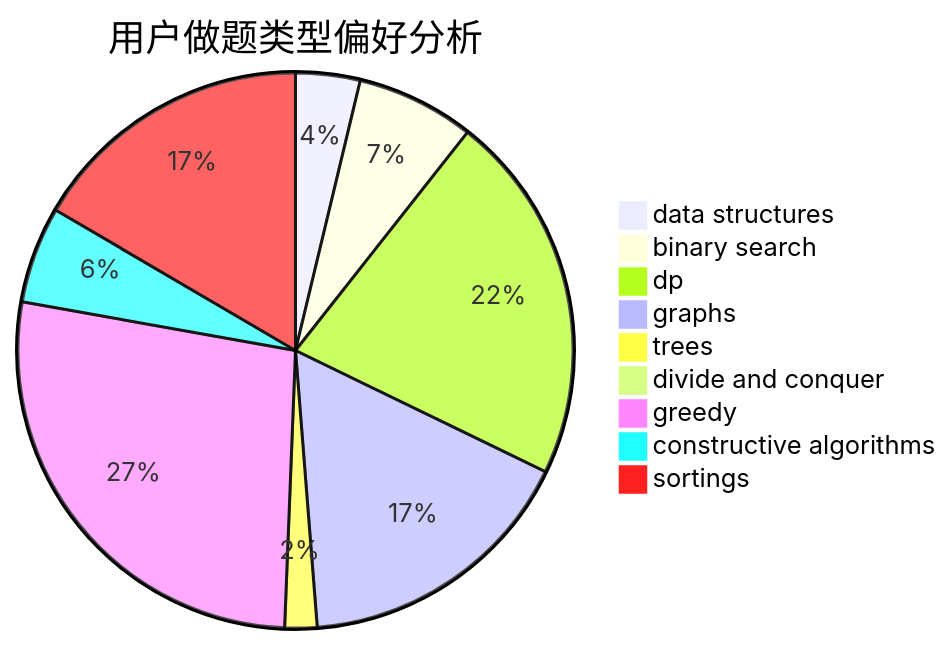
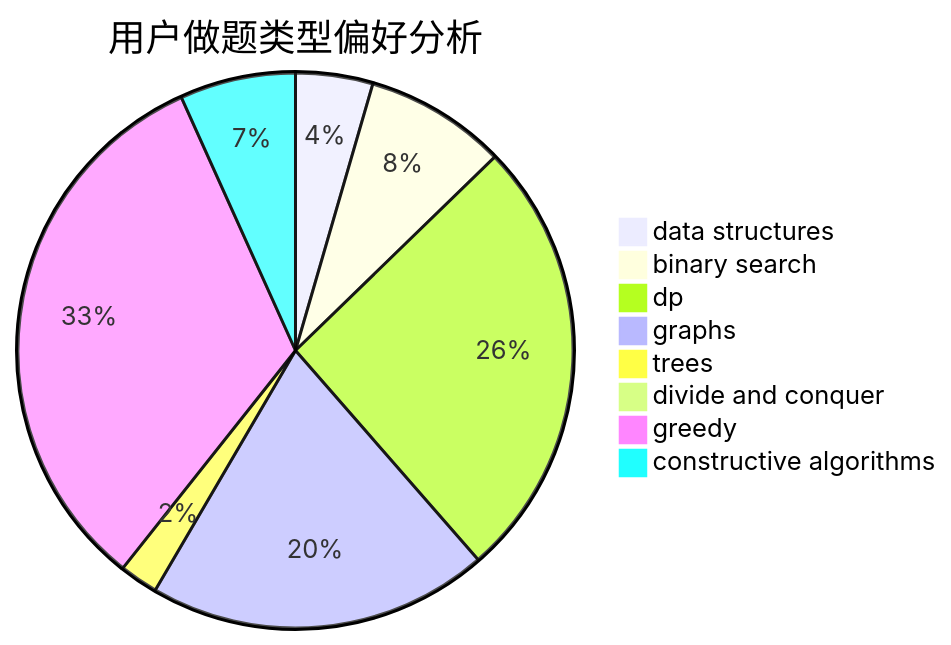
One commit to sherpahu/cfrs.github.io changed the second of 3 diagrams in docs/user/u179.md. Above: the diagram before and after it, drawn with Mermaid. The commit also changed other lines of this file and 2769 other files, not shown here.

````diff
--- a/docs/user/u179.md
+++ b/docs/user/u179.md
@@ -18,12 +18,11 @@
 ```mermaid
 pie title 用户做题类型偏好分析
     "data structures" :  12
     "binary search" :  22
     "dp" :  69
     "graphs" :  53
     "trees" :  6
     "divide and conquer" :  0
     "greedy" :  87
     "constructive algorithms" :  18
-    "sortings" :  53
 ```
````
